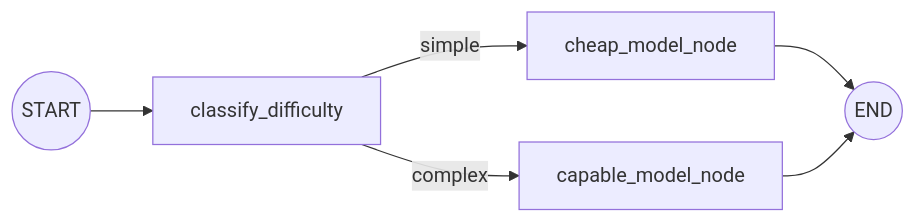
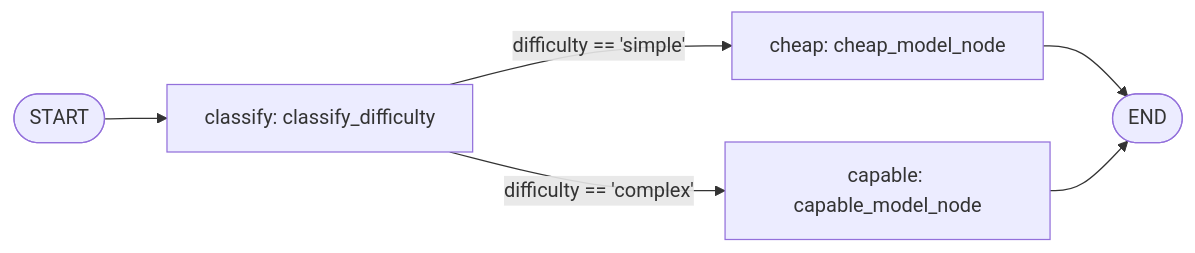
One commit to xergioalex/agent-lab changed the first of 3 diagrams in src/20_model_routing/README.md. Above: the diagram before and after it, drawn with Mermaid. The commit also changed other lines of this file and 64 other files, not shown here.

First line of the commit message:
docs(docs): premium Mermaid diagram pass on all 64 module READMEs

````diff
--- a/src/20_model_routing/README.md
+++ b/src/20_model_routing/README.md
@@ -46,8 +46,8 @@
 ```mermaid
-graph LR
-    START((START)) --> Classify[classify_difficulty]
-    Classify -->|simple| Cheap[cheap_model_node]
-    Classify -->|complex| Capable[capable_model_node]
-    Cheap --> END((END))
-    Capable --> END
+flowchart LR
+    START(["START"]) --> classify["classify: classify_difficulty"]
+    classify -->|"difficulty == 'simple'"| cheap["cheap: cheap_model_node"]
+    classify -->|"difficulty == 'complex'"| capable["capable: capable_model_node"]
+    cheap --> END(["END"])
+    capable --> END
 ```
````
